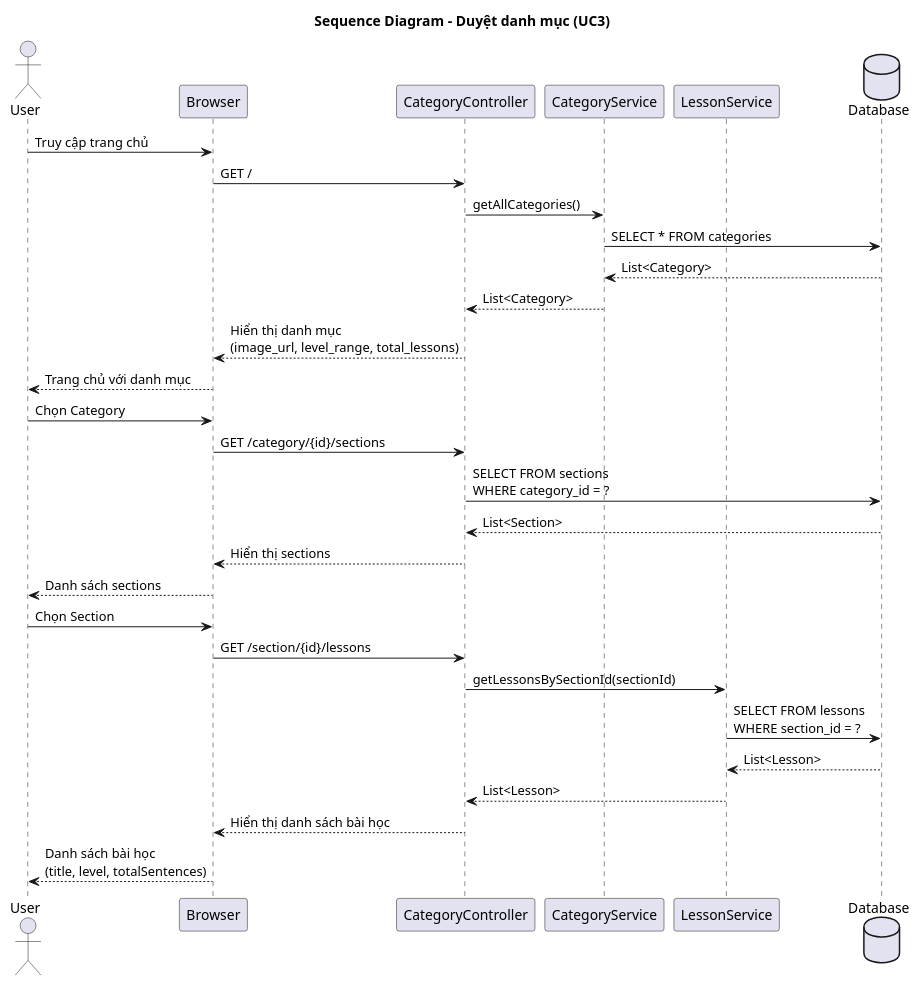
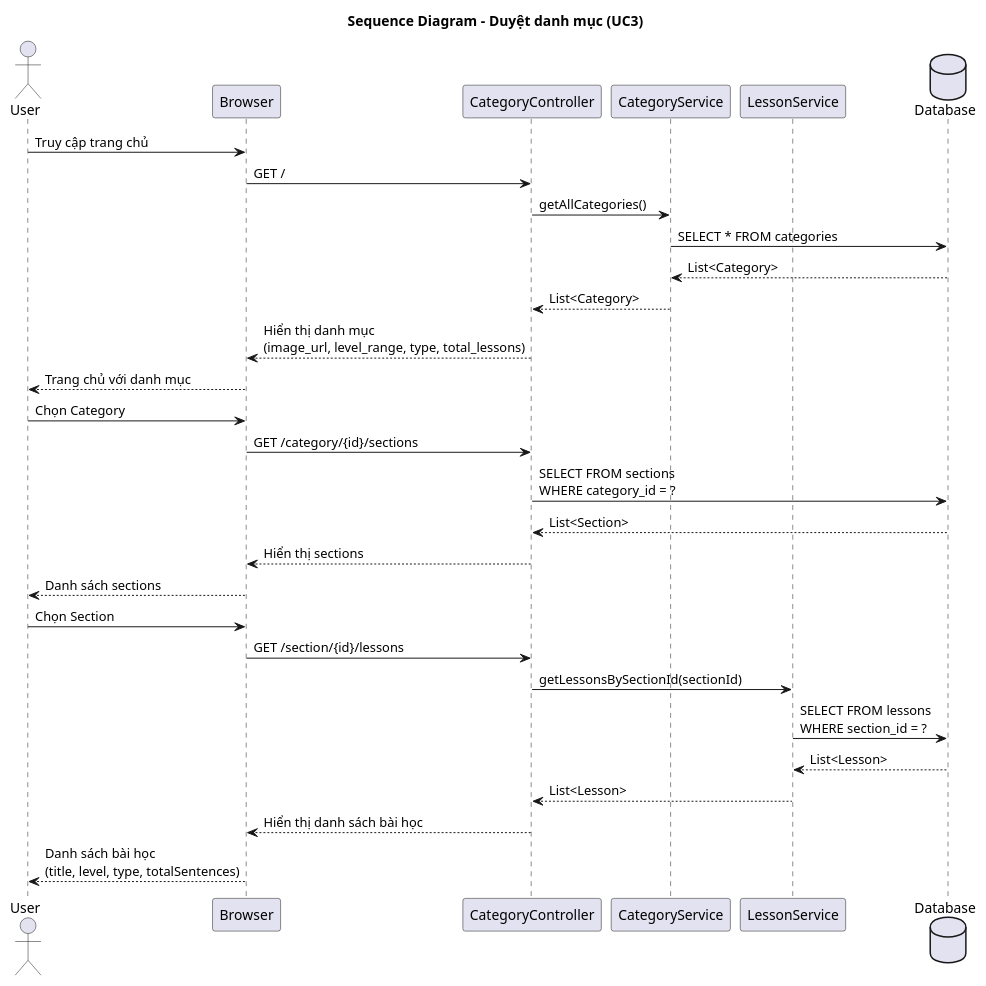
The diagram in docs/uml/SequenceDiagram/sequence_browse.puml (nguyenthetan752005-max/EnglishListeningPracticeWebsite), drawn with PlantUML before and after one commit. The commit also changed 10 other files, not shown here.

```diff
--- a/docs/uml/SequenceDiagram/sequence_browse.puml
+++ b/docs/uml/SequenceDiagram/sequence_browse.puml
@@ -1,36 +1,36 @@
 @startuml Sequence_Browse
 title Sequence Diagram - Duyệt danh mục (UC3)
 
 actor User as U
 participant "Browser" as V
 participant "CategoryController" as CC
 participant "CategoryService" as CS
 participant "LessonService" as LS
 database "Database" as DB
 
 U -> V : Truy cập trang chủ
 V -> CC : GET /
 CC -> CS : getAllCategories()
 CS -> DB : SELECT * FROM categories
 DB --> CS : List<Category>
 CS --> CC : List<Category>
-CC --> V : Hiển thị danh mục\n(image_url, level_range, total_lessons)
+CC --> V : Hiển thị danh mục\n(image_url, level_range, type, total_lessons)
 V --> U : Trang chủ với danh mục
 
 U -> V : Chọn Category
 V -> CC : GET /category/{id}/sections
 CC -> DB : SELECT FROM sections\nWHERE category_id = ?
 DB --> CC : List<Section>
 CC --> V : Hiển thị sections
 V --> U : Danh sách sections
 
 U -> V : Chọn Section
 V -> CC : GET /section/{id}/lessons
 CC -> LS : getLessonsBySectionId(sectionId)
 LS -> DB : SELECT FROM lessons\nWHERE section_id = ?
 DB --> LS : List<Lesson>
 LS --> CC : List<Lesson>
 CC --> V : Hiển thị danh sách bài học
-V --> U : Danh sách bài học\n(title, level, totalSentences)
+V --> U : Danh sách bài học\n(title, level, type, totalSentences)
 
 @enduml
```
